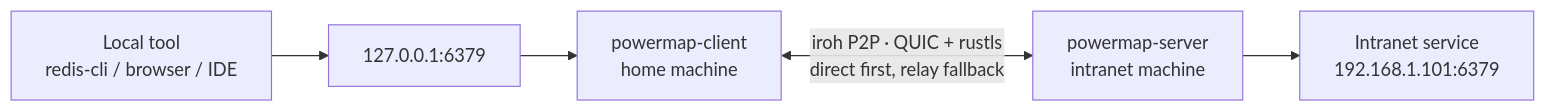
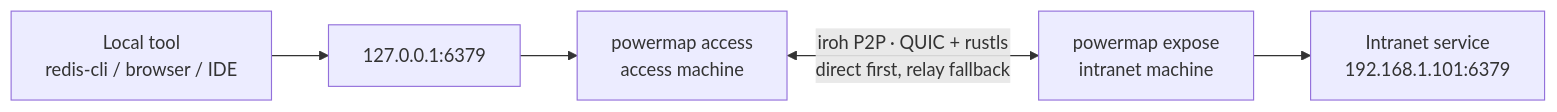
One commit to steven-ld/PowerMap changed the diagram in README.en.md. Above: the diagram before and after it, drawn with Mermaid. The commit also changed other lines of this file and 30 other files, not shown here.

````diff
--- a/README.en.md
+++ b/README.en.md
@@ -150,7 +150,7 @@
 ```mermaid
 flowchart LR
     U["Local tool<br/>redis-cli / browser / IDE"] --> L["127.0.0.1:6379"]
-    L --> A["powermap-client<br/>home machine"]
-    A <-->|"iroh P2P · QUIC + rustls<br/>direct first, relay fallback"| B["powermap-server<br/>intranet machine"]
+    L --> A["powermap access<br/>access machine"]
+    A <-->|"iroh P2P · QUIC + rustls<br/>direct first, relay fallback"| B["powermap expose<br/>intranet machine"]
     B --> S["Intranet service<br/>192.168.1.101:6379"]
 ```
````
